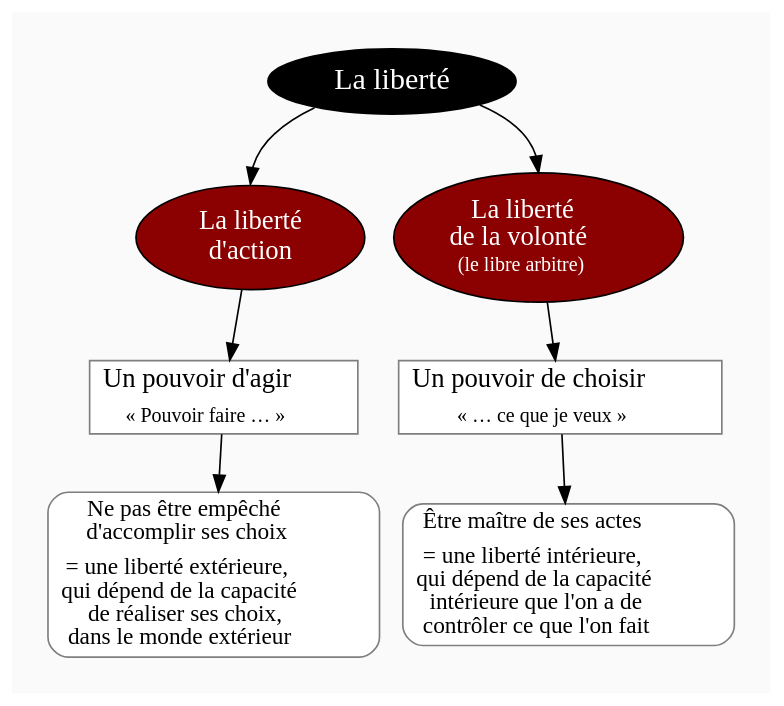
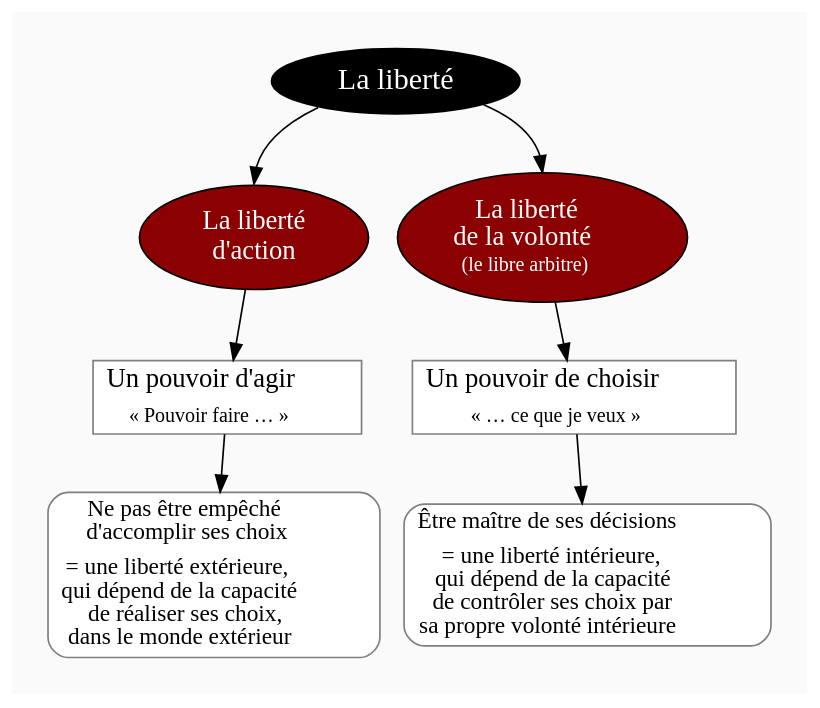
The diagram in diagram/liberte-action-liberte-volonte.dot (eyssette/graphviz-examples), drawn with Graphviz before and after one commit.

```diff
--- a/diagram/liberte-action-liberte-volonte.dot
+++ b/diagram/liberte-action-liberte-volonte.dot
@@ -1,90 +1,90 @@
 digraph G {
 // Template : diagram
 // Usage : 
 //rankdir=LR
 splines=true
 //splines=curved
 bgcolor=grey98
 pad=0.3
 style=filled
 edge[minlen=4]
 node[style=filled, fontcolor=white]
 ranksep=0.1
 nodesep=0.2
 
 // NIVEAU 1
 node[fillcolor=12, fontsize=18]
 a1[label="La liberté"]
 
 // NIVEAU 2
 node[fillcolor=red4, fontsize=16]
 a1->{
 b1[label="La liberté
 d'action"]    
 b2[label=<La liberté<br/>
 de la volonté<br/>
 <font point-size="3"><br/></font>
 <font point-size="12">(le libre arbitre)</font>>]
 }[headport=n]
 
 node[fontcolor=black]
 // NIVEAU 3 (sans intermédiaire)
 node [shape=box, fillcolor=white, color=grey50]
 // c1[label=""]
 b1->c1
 c1[label=<Un pouvoir d'agir<br/>
 <font point-size="8"><br/></font>
 <font point-size="12">« Pouvoir faire … »</font>>]
 b2->c2
 c2[label=<Un pouvoir de choisir<br/>
 <font point-size="8"><br/></font>
 <font point-size="12">« … ce que je veux »</font>>]
 
 // INTERMÉDIAIRE AVANT NIVEAU 3
 node[fillcolor=grey78, shape=oval]
 // [arrowhead=none]
 // bc1[label=""]
 
 // NIVEAU 3 (avec intermédiaire)
 node[fillcolor=white, shape=box, color=grey50]
 // c1[label=""]
 
 // NIVEAU 4
 node[style="filled,rounded", fillcolor=white, shape=box, color=grey50]
 // d1[label=""]
 
 c1->d1
 c2->d2
 
 d1[label=<<font point-size="14">Ne pas être empêché<br/>
 d'accomplir ses choix<br/></font>
 <font point-size="7"><br/></font>
 <font point-size="14">= une liberté extérieure,<br/>
 qui dépend de la capacité<br/>
 de réaliser ses choix,<br/>
 dans le monde extérieur</font>>]
-d2[label=<<font point-size="14">Être maître de ses actes<br/></font>
+d2[label=<<font point-size="14">Être maître de ses décisions<br/></font>
 <font point-size="7"><br/></font>
 <font point-size="14">= une liberté intérieure,<br/>
 qui dépend de la capacité<br/>
-intérieure que l'on a de<br/>
-contrôler ce que l'on fait</font>>]
+de contrôler ses choix par<br/>
+sa propre volonté intérieure</font>>]
 
 
 
 // ÉTIQUETTES EN ROUGE
 node[shape=plaintext, fontcolor=firebrick3, fillcolor=grey98]
 // e1[label=< <B>= Titre</B><BR /><BR />Contenu<BR /> >]
 // e1[label=""]
 // ->e1[minlen=1, style=invis]
 
 
 
 // REMARQUES EN BLEU
 node[color=blue, shape=box, margin=0.07, fontcolor=black, fontsize=12, style="dashed", penwidth=0.6]
 edge[color=blue, arrowhead="none", xlabel="", style="dashed", penwidth=0.6]
 // r1[label=""]
 // {rank=same;->r1}
 // {rank=same;r1->[dir=back]}
 
 }
```
